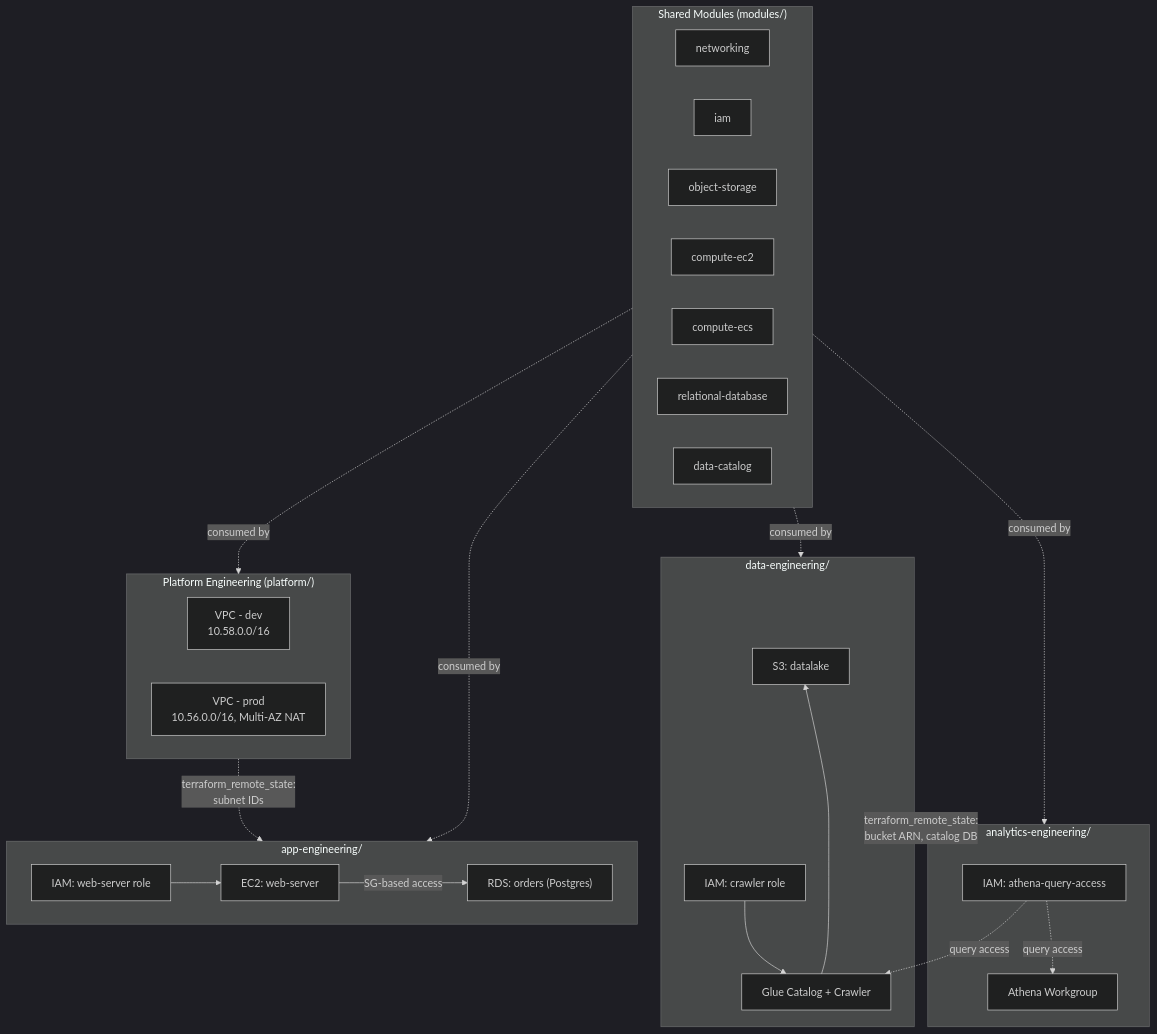
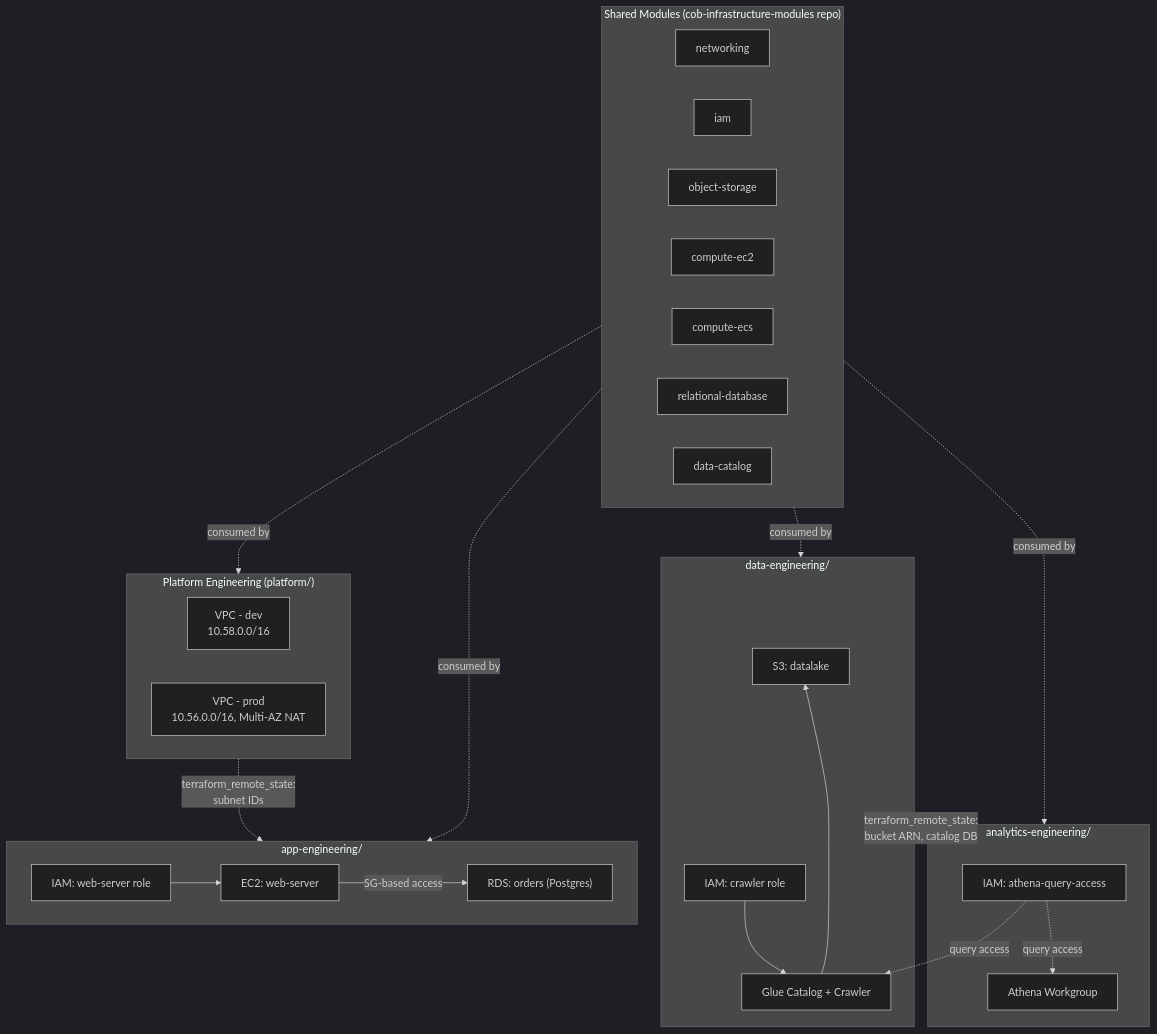
The diagram in docs/architecture.md (IkennaNnamba/cob-infrastructure-live), drawn with Mermaid (dark theme) before and after one commit. The commit also changed 3 other files, not shown here.

First line of the commit message:
Update docs for the modules repo split

````diff
--- a/docs/architecture.md
+++ b/docs/architecture.md
@@ -19,49 +19,49 @@
 ```mermaid
 graph TB
     subgraph Platform["Platform Engineering (platform/)"]
         VPCdev["VPC - dev<br/>10.58.0.0/16"]
         VPCprod["VPC - prod<br/>10.56.0.0/16, Multi-AZ NAT"]
     end
 
-    subgraph Modules["Shared Modules (modules/)"]
+    subgraph Modules["Shared Modules (cob-infrastructure-modules repo)"]
         M1[networking]
         M2[iam]
         M3[object-storage]
         M4[compute-ec2]
         M5[compute-ecs]
         M6[relational-database]
         M7[data-catalog]
     end
 
     subgraph AppEng["app-engineering/"]
         WebServer["EC2: web-server"]
         OrdersDB["RDS: orders (Postgres)"]
         AppRole["IAM: web-server role"]
     end
 
     subgraph DataEng["data-engineering/"]
         Datalake["S3: datalake"]
         Catalog["Glue Catalog + Crawler"]
         CrawlerRole["IAM: crawler role"]
     end
 
     subgraph AnalyticsEng["analytics-engineering/"]
         AnalystRole["IAM: athena-query-access"]
         Athena["Athena Workgroup"]
     end
 
     Platform -.->|terraform_remote_state:<br/>subnet IDs| AppEng
     DataEng -.->|terraform_remote_state:<br/>bucket ARN, catalog DB| AnalyticsEng
 
     AppRole --> WebServer
     WebServer -->|SG-based access| OrdersDB
     CrawlerRole --> Catalog
     Catalog --> Datalake
     AnalystRole -.->|query access| Catalog
     AnalystRole -.->|query access| Athena
 
     Modules -.->|consumed by| Platform
     Modules -.->|consumed by| AppEng
     Modules -.->|consumed by| DataEng
     Modules -.->|consumed by| AnalyticsEng
 ```
````
